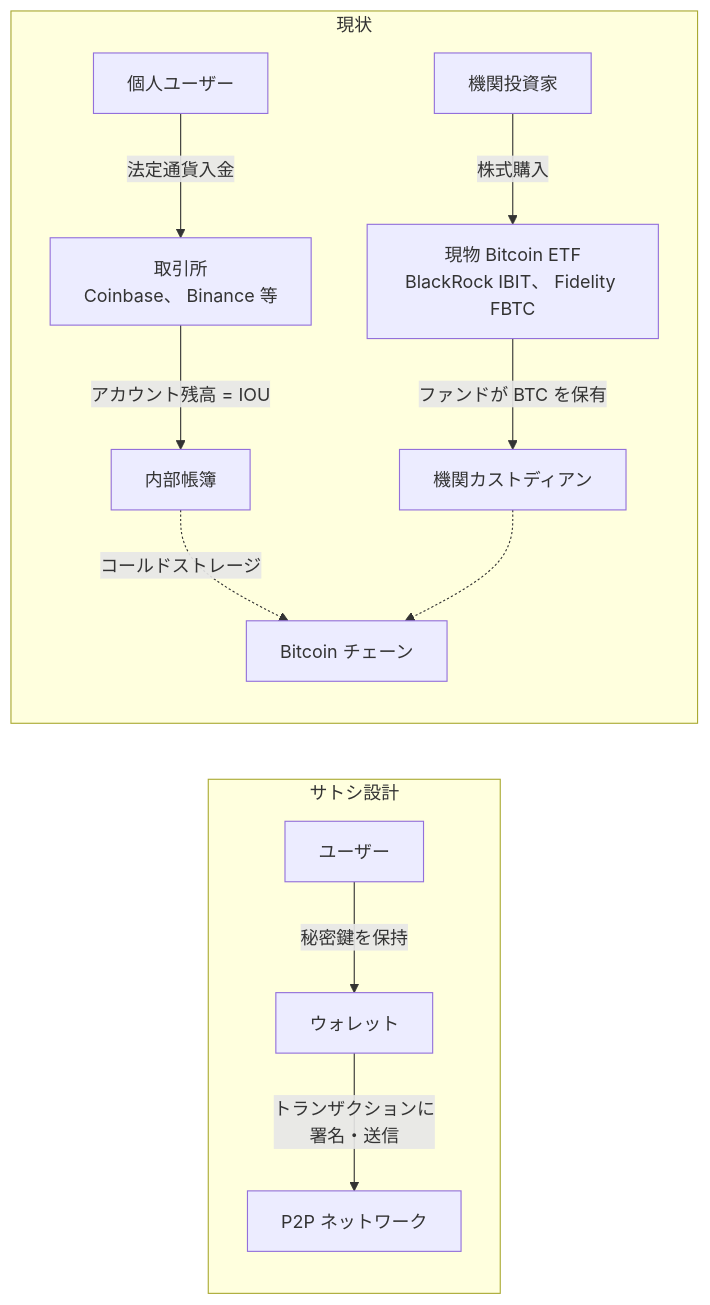
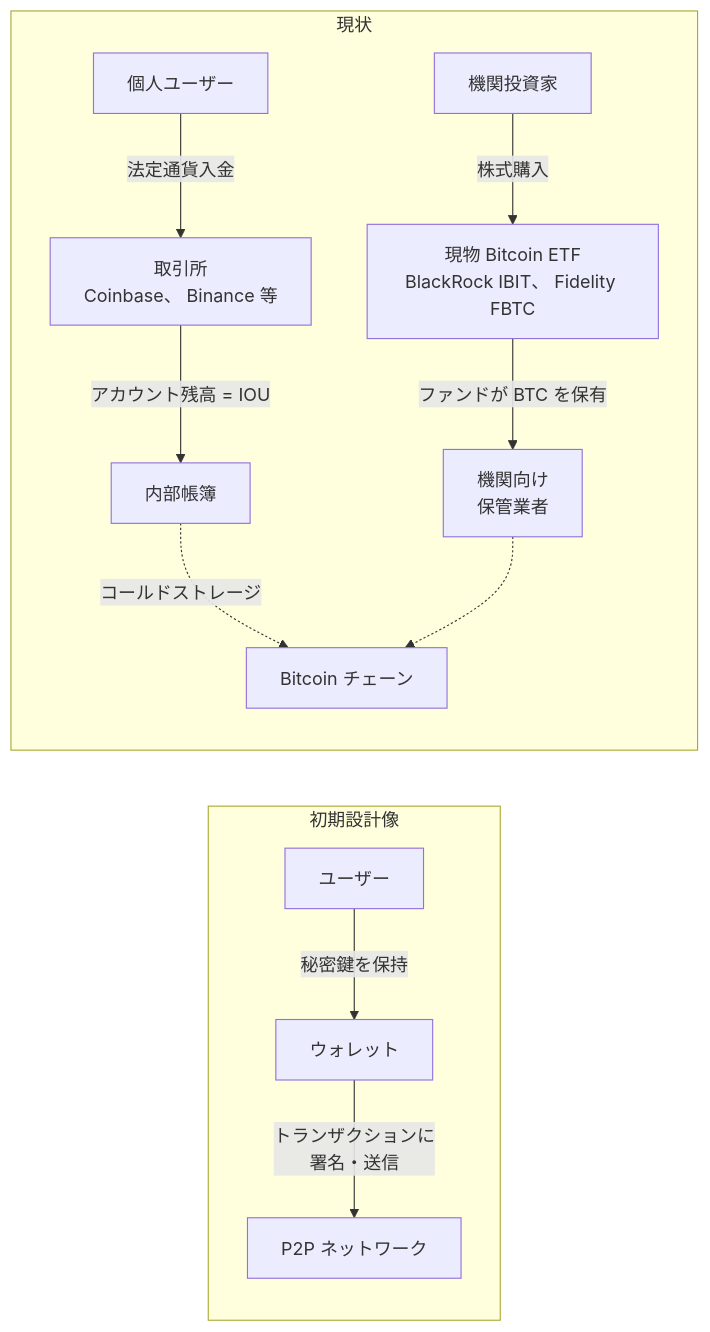
The second of 4 diagrams in src/data/translations/ja/analysis/2026-05-24-satoshi-design-vs-current-reality.md (cypher256/BitcoinArchive), drawn with Mermaid before and after one commit. The commit also changed other lines of this file and 1 other file, not shown here.

````diff
--- a/src/data/translations/ja/analysis/2026-05-24-satoshi-design-vs-current-reality.md
+++ b/src/data/translations/ja/analysis/2026-05-24-satoshi-design-vs-current-reality.md
@@ -78,15 +78,15 @@
 ```mermaid
 flowchart LR
-  subgraph DESIGN["サトシ設計"]
+  subgraph DESIGN["初期設計像"]
     U1[ユーザー] -->|秘密鍵を保持| W1[ウォレット]
     W1 -->|トランザクションに<br/>署名・送信| N[P2P ネットワーク]
   end
   subgraph REAL["現状"]
     U2[個人ユーザー] -->|法定通貨入金| EX[取引所<br/>Coinbase、 Binance 等]
     EX -->|アカウント残高 = IOU| LEDGER[内部帳簿]
     INV[機関投資家] -->|株式購入| ETF[現物 Bitcoin ETF<br/>BlackRock IBIT、 Fidelity FBTC]
-    ETF -->|ファンドが BTC を保有| CUSTO[機関カストディアン]
+    ETF -->|ファンドが BTC を保有| CUSTO[機関向け<br/>保管業者]
     LEDGER -.->|コールドストレージ| BC[Bitcoin チェーン]
     CUSTO -.-> BC
   end
 ```
````
